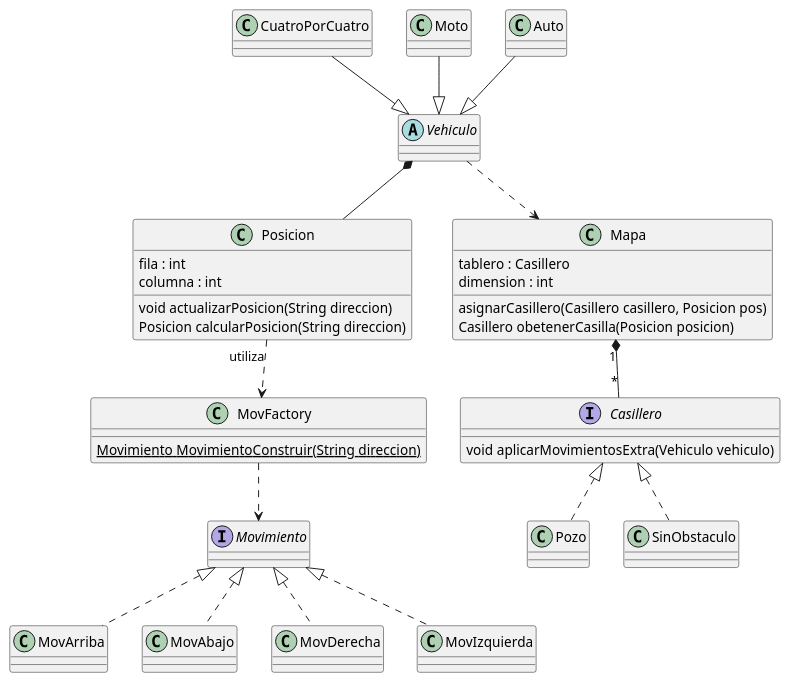
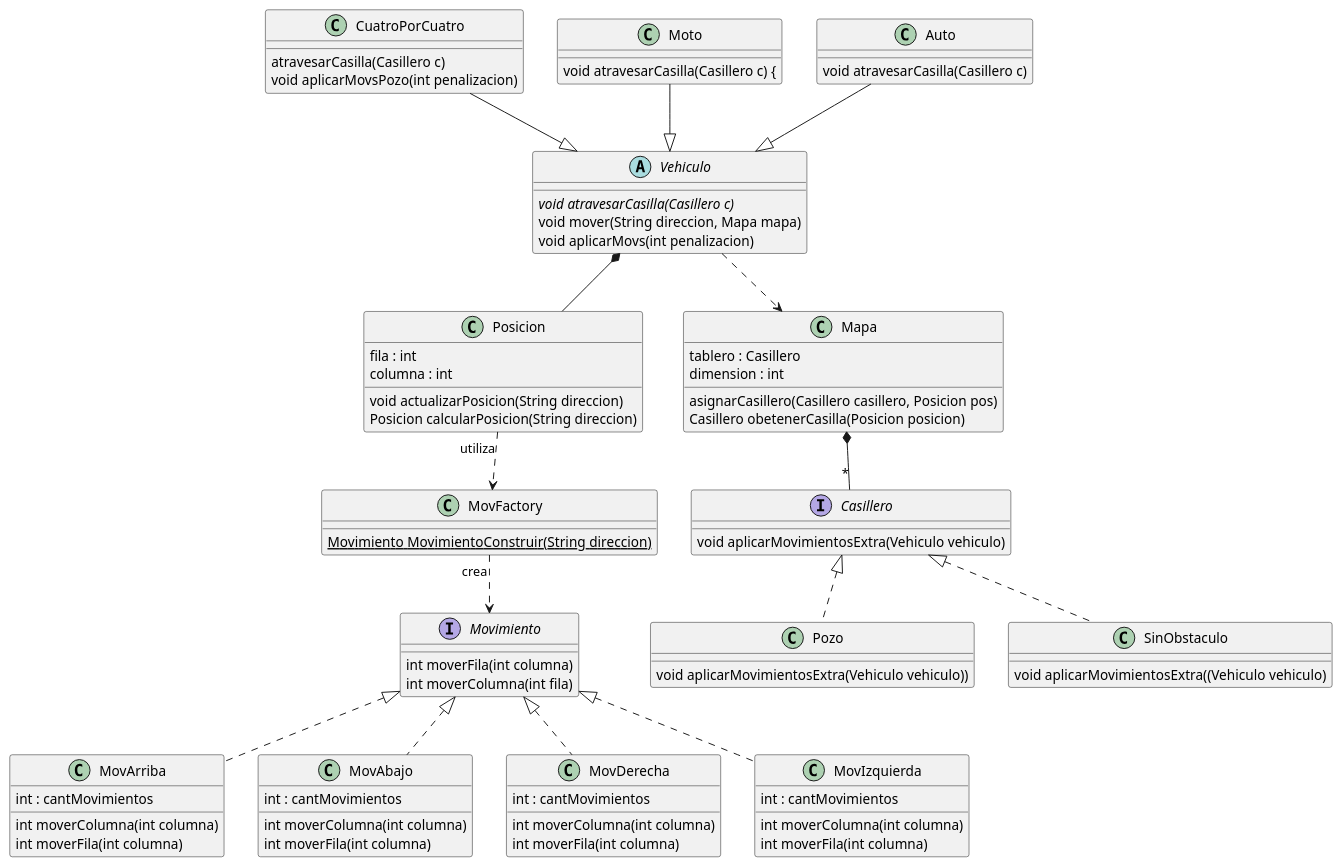
One commit to TomBPotochek/AlgoRitmos-GPS_Challenge-TP2 changed the diagram in diagrams/classes/diagrama de clase.puml. Above: the diagram before and after it, drawn with PlantUML.

Commit message:
metodos agregados a las clases

```diff
--- a/diagrams/classes/diagrama de clase.puml
+++ b/diagrams/classes/diagrama de clase.puml
@@ -1,49 +1,82 @@
 @startuml
-'https://plantuml.com/class-diagram
-abstract class Vehiculo
-
-class CuatroPorCuatro{}
-class Moto{}
-class Auto{}
+'https://plantuml.com/class-diagram'
+abstract class Vehiculo{
+    {abstract} void atravesarCasilla(Casillero c)
+    void mover(String direccion, Mapa mapa)
+    void aplicarMovs(int penalizacion)
+}
+class CuatroPorCuatro{
+     atravesarCasilla(Casillero c)
+     void aplicarMovsPozo(int penalizacion)
+}
+class Moto{
+     void atravesarCasilla(Casillero c) {
+}
+class Auto{
+void atravesarCasilla(Casillero c)
+}
 class Posicion{
     fila : int
     columna : int
     void actualizarPosicion(String direccion)
     Posicion calcularPosicion(String direccion)
 }
 
 interface Casillero{
     void aplicarMovimientosExtra(Vehiculo vehiculo)
 }
 class Mapa{
     tablero : Casillero
     dimension : int
     asignarCasillero(Casillero casillero, Posicion pos)
     Casillero obetenerCasilla(Posicion posicion)
 }
 
-class Pozo implements Casillero
-class SinObstaculo implements Casillero
+class Pozo implements Casillero{
+    void aplicarMovimientosExtra(Vehiculo vehiculo))
+}
+class SinObstaculo implements Casillero{
+    void aplicarMovimientosExtra((Vehiculo vehiculo)
+}
 
 class MovFactory{
     {static}Movimiento MovimientoConstruir(String direccion)
 }
 
-interface Movimiento{}
-class MovArriba implements Movimiento{}
-class MovAbajo implements Movimiento{}
-class MovDerecha implements Movimiento{}
-class MovIzquierda implements Movimiento{}
+interface Movimiento{
+    int moverFila(int columna)
+    int moverColumna(int fila)
+}
+class MovArriba implements Movimiento{
+    int : cantMovimientos
+    int moverColumna(int columna)
+    int moverFila(int columna)
+}
+class MovAbajo implements Movimiento{
+    int : cantMovimientos
+    int moverColumna(int columna)
+    int moverFila(int columna)
+}
+class MovDerecha implements Movimiento{
+    int : cantMovimientos
+    int moverColumna(int columna)
+    int moverFila(int columna)
+}
+class MovIzquierda implements Movimiento{
+    int : cantMovimientos
+    int moverColumna(int columna)
+    int moverFila(int columna)
+}
 
-Mapa "1" *-- "*" Casillero
+Mapa *-- "*" Casillero
 Moto --|> Vehiculo
 Auto --|> Vehiculo
 CuatroPorCuatro --|> Vehiculo
 Vehiculo ..> Mapa
 Vehiculo *--Posicion
 
-MovFactory ..> Movimiento
+MovFactory "crea"..> Movimiento
 
 Posicion "utiliza"..> MovFactory
 
 @enduml
```
